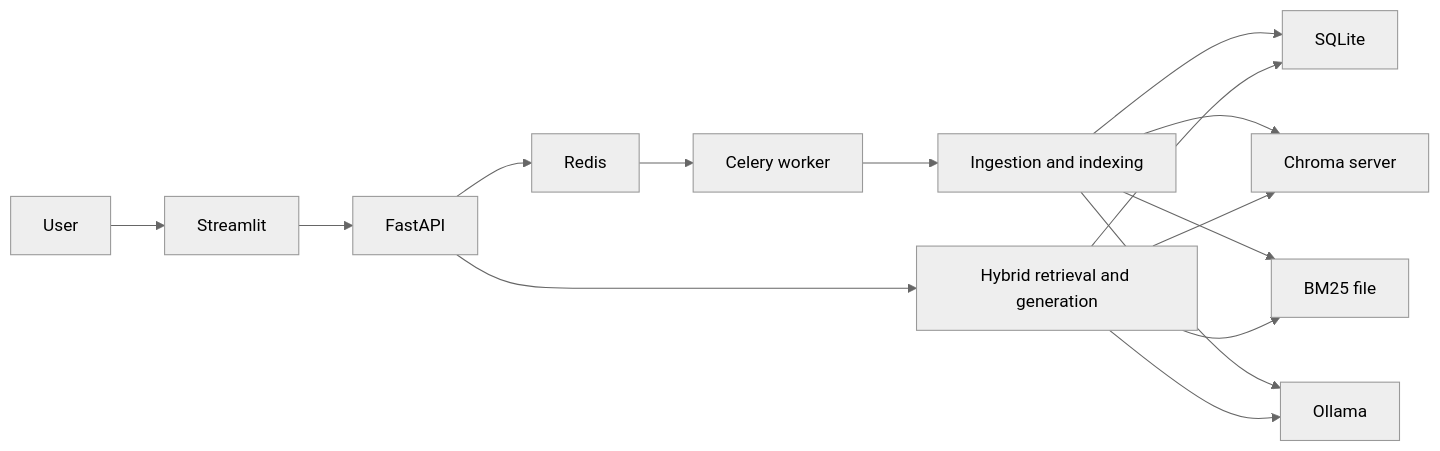
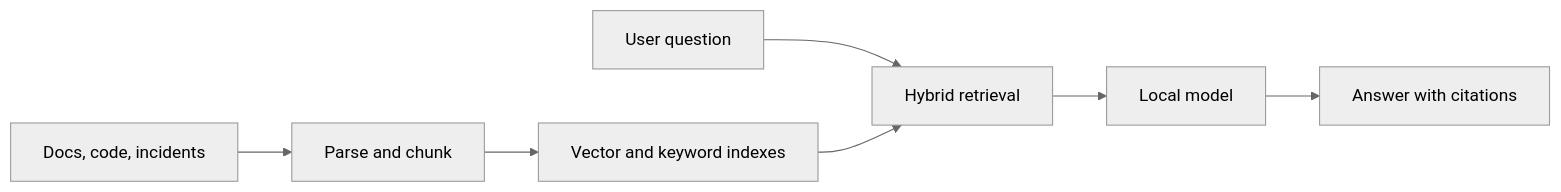
The diagram in README.md (gvs0923/Intelligence-Hub), drawn with Mermaid (neutral theme) before and after one commit. The commit also changed other lines of this file, not shown here.

````diff
--- a/README.md
+++ b/README.md
@@ -115,17 +19,9 @@
 ```mermaid
 flowchart LR
-    User --> UI[Streamlit]
-    UI --> API[FastAPI]
-    API --> Redis
-    Redis --> Worker[Celery worker]
-    Worker --> Pipeline[Ingestion and indexing]
-    Pipeline --> SQLite
-    Pipeline --> Chroma[Chroma server]
-    Pipeline --> BM25[BM25 file]
-    Pipeline --> Ollama
-    API --> RAG[Hybrid retrieval and generation]
-    RAG --> SQLite
-    RAG --> Chroma
-    RAG --> BM25
-    RAG --> Ollama
+    Sources[Docs, code, incidents] --> Ingestion[Parse and chunk]
+    Ingestion --> Index[Vector and keyword indexes]
+    Question[User question] --> Retrieval[Hybrid retrieval]
+    Index --> Retrieval
+    Retrieval --> Generation[Local model]
+    Generation --> Answer[Answer with citations]
 ```
````
